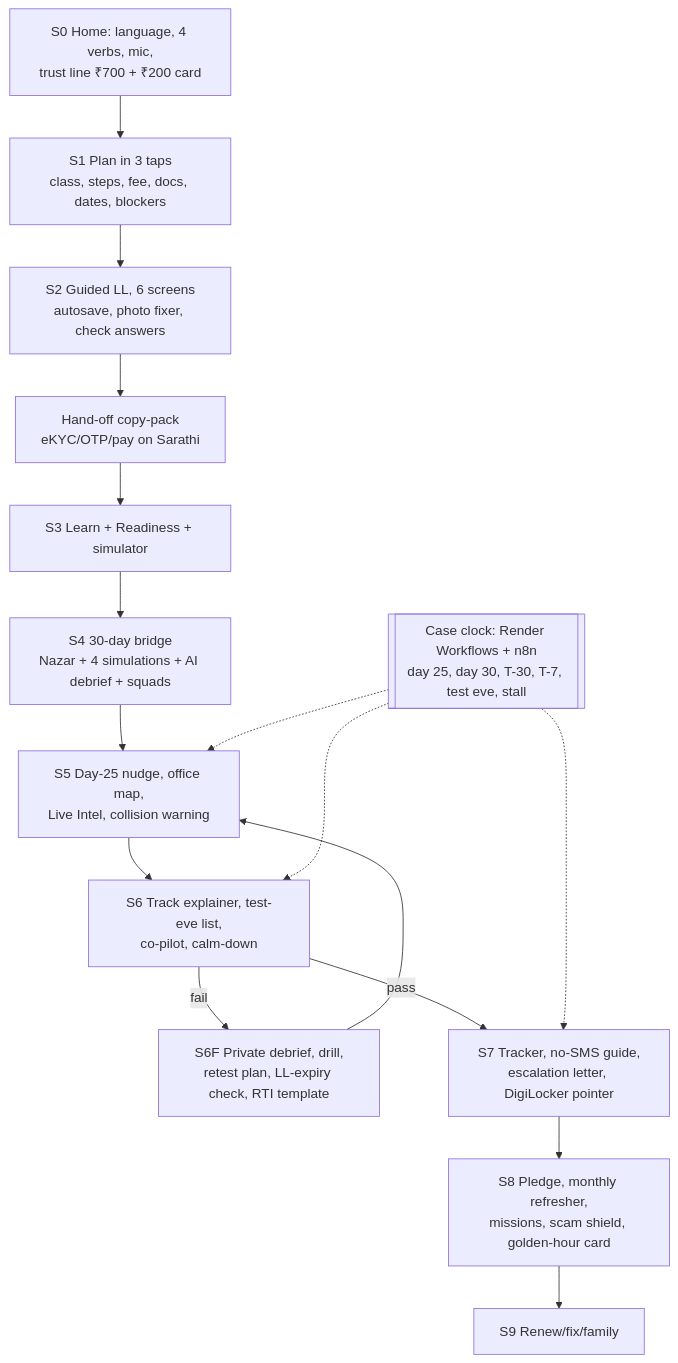
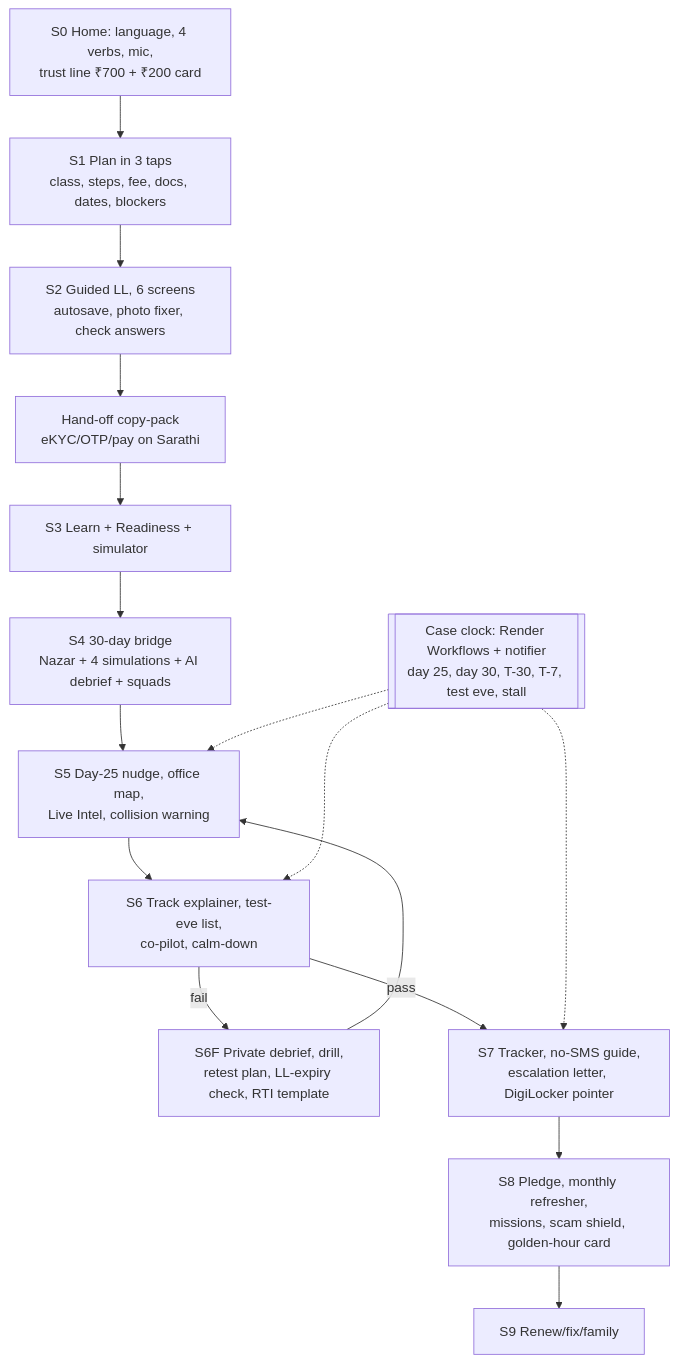
One commit to sruj08/margadarshak changed the second of 30 diagrams in docs/01-product/USER_JOURNEYS.md. Above: the diagram before and after it, drawn with Mermaid. The commit also changed 60 other files, not shown here.

````diff
--- a/docs/01-product/USER_JOURNEYS.md
+++ b/docs/01-product/USER_JOURNEYS.md
@@ -42,18 +42,18 @@
 ```mermaid
 flowchart TD
   H0[S0 Home: language, 4 verbs, mic,<br/>trust line ₹700 + ₹200 card] --> P1[S1 Plan in 3 taps<br/>class, steps, fee, docs, dates, blockers]
   P1 --> A2[S2 Guided LL, 6 screens<br/>autosave, photo fixer, check answers]
   A2 --> HO[Hand-off copy-pack<br/>eKYC/OTP/pay on Sarathi]
   HO --> T3[S3 Learn + Readiness + simulator]
   T3 --> B4[S4 30-day bridge<br/>Nazar + 4 simulations + AI debrief + squads]
   B4 --> S5[S5 Day-25 nudge, office map,<br/>Live Intel, collision warning]
   S5 --> D6[S6 Track explainer, test-eve list,<br/>co-pilot, calm-down]
   D6 -- fail --> F6[S6F Private debrief, drill,<br/>retest plan, LL-expiry check, RTI template]
   F6 --> S5
   D6 -- pass --> L7[S7 Tracker, no-SMS guide,<br/>escalation letter, DigiLocker pointer]
   L7 --> N8[S8 Pledge, monthly refresher,<br/>missions, scam shield, golden-hour card]
   N8 --> R9[S9 Renew/fix/family]
-  CL[[Case clock: Render Workflows + n8n<br/>day 25, day 30, T-30, T-7, test eve, stall]] -.-> S5
+  CL[[Case clock: Render Workflows + notifier<br/>day 25, day 30, T-30, T-7, test eve, stall]] -.-> S5
   CL -.-> D6
   CL -.-> L7
 ```
````
